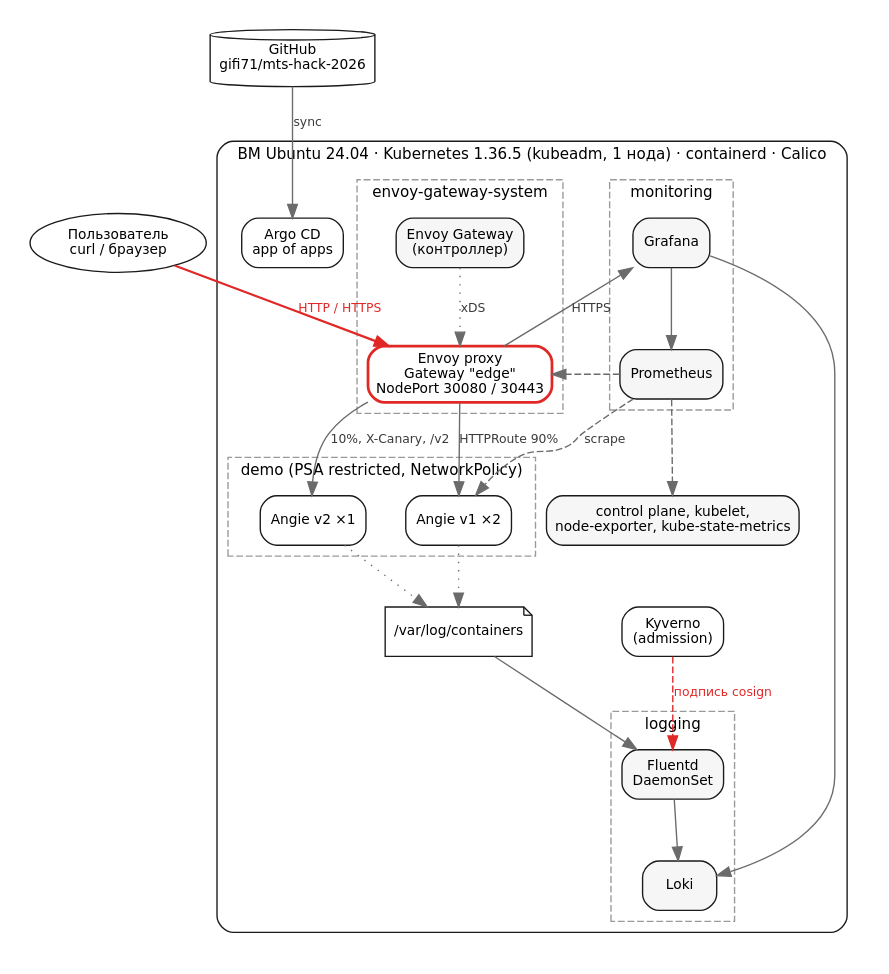
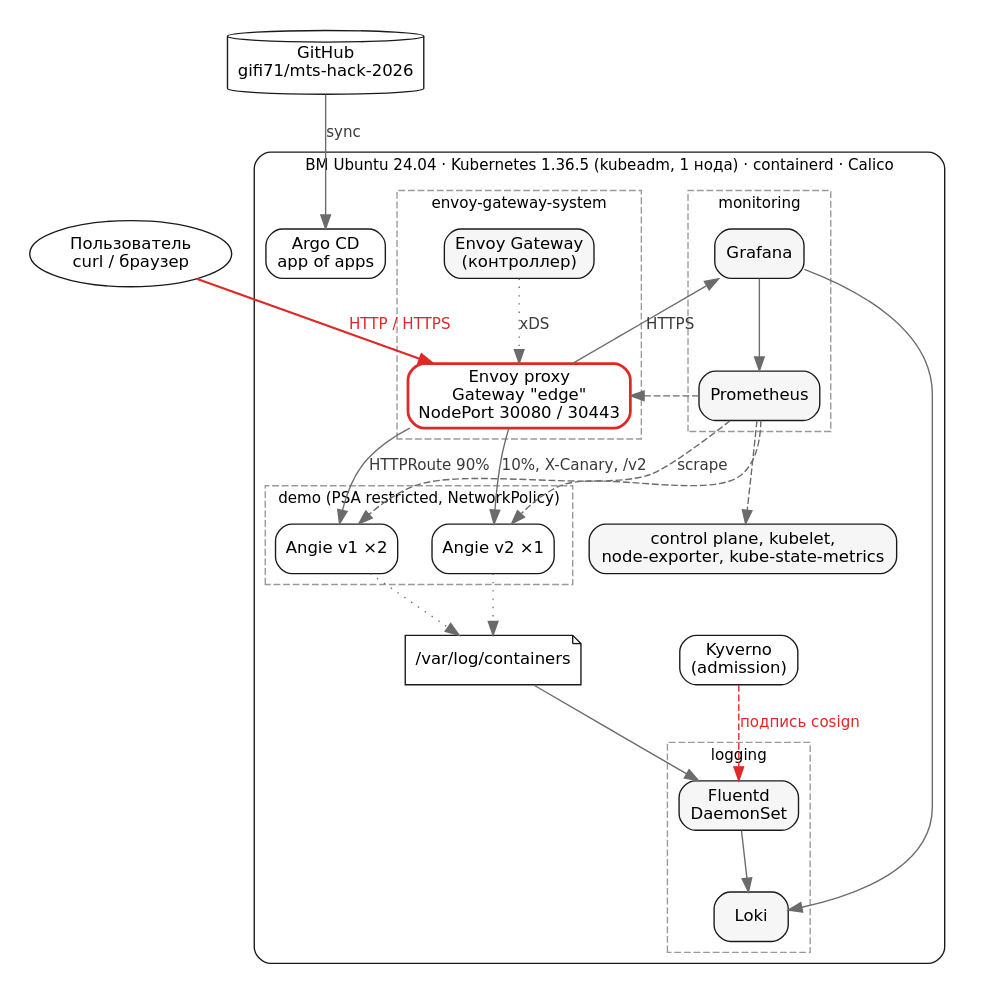
The diagram in docs/passport/architecture.dot (gifi71/mts-hack-2026), drawn with Graphviz before and after one commit. The commit also changed 4 other files, not shown here.

```diff
--- a/docs/passport/architecture.dot
+++ b/docs/passport/architecture.dot
@@ -1,48 +1,49 @@
 digraph arch {
   graph [rankdir=TB, fontname="DejaVu Sans", fontsize=11, nodesep=0.35, ranksep=0.6, pad=0.2, bgcolor="white"];
-  node  [shape=box, style="rounded,filled", fontname="DejaVu Sans", fontsize=10, fillcolor="#f6f6f6", color="#1a1a1a"];
-  edge  [fontname="DejaVu Sans", fontsize=9, color="#6b6b6b", fontcolor="#3a3a3a"];
+  node  [shape=box, style="rounded,filled", fontname="DejaVu Sans", fontsize=12, fillcolor="#f6f6f6", color="#1a1a1a"];
+  edge  [fontname="DejaVu Sans", fontsize=11, color="#6b6b6b", fontcolor="#3a3a3a"];
 
   user [label="Пользователь\ncurl / браузер", shape=oval, fillcolor="#ffffff"];
   git  [label="GitHub\ngifi71/mts-hack-2026", shape=cylinder, fillcolor="#ffffff"];
 
   subgraph cluster_node {
     label="ВМ Ubuntu 24.04 · Kubernetes 1.36.5 (kubeadm, 1 нода) · containerd · Calico";
     style="rounded"; color="#1a1a1a"; fontsize=11;
 
     subgraph cluster_edge { label="envoy-gateway-system"; style="dashed"; color="#9a9a9a";
       envoy [label="Envoy proxy\nGateway \"edge\"\nNodePort 30080 / 30443", fillcolor="#ffffff", color="#e02826", penwidth=2];
       egc   [label="Envoy Gateway\n(контроллер)"];
     }
     subgraph cluster_demo { label="demo (PSA restricted, NetworkPolicy)"; style="dashed"; color="#9a9a9a";
       v1 [label="Angie v1 ×2", fillcolor="#ffffff"];
       v2 [label="Angie v2 ×1", fillcolor="#ffffff"];
     }
     subgraph cluster_mon { label="monitoring"; style="dashed"; color="#9a9a9a";
       prom    [label="Prometheus", fillcolor="#f6f6f6"];
       grafana [label="Grafana", fillcolor="#f6f6f6"];
     }
     subgraph cluster_log { label="logging"; style="dashed"; color="#9a9a9a";
       fluentd [label="Fluentd\nDaemonSet", fillcolor="#f6f6f6"];
       loki    [label="Loki", fillcolor="#f6f6f6"];
     }
     argo [label="Argo CD\napp of apps", fillcolor="#ffffff"];
     kyverno [label="Kyverno\n(admission)", fillcolor="#ffffff"];
     cp   [label="control plane, kubelet,\nnode-exporter, kube-state-metrics"];
     logs [label="/var/log/containers", shape=note, fillcolor="#ffffff"];
   }
 
   user -> envoy [label="HTTP / HTTPS", color="#e02826", fontcolor="#e02826", penwidth=1.6];
   egc -> envoy [style=dotted, label="xDS"];
   envoy -> v1 [label="HTTPRoute 90%"];
   envoy -> v2 [label="10%, X-Canary, /v2"];
   envoy -> grafana [label="HTTPS"];
   prom -> v1 [style=dashed, label="scrape"];
+  prom -> v2 [style=dashed];
   prom -> envoy [style=dashed];
   prom -> cp [style=dashed];
   v1 -> logs [style=dotted]; v2 -> logs [style=dotted];
   logs -> fluentd; fluentd -> loki;
   grafana -> prom; grafana -> loki;
   git -> argo [label="sync"];
   kyverno -> fluentd [style=dashed, color="#e02826", fontcolor="#e02826", label="подпись cosign"];
 }
```
